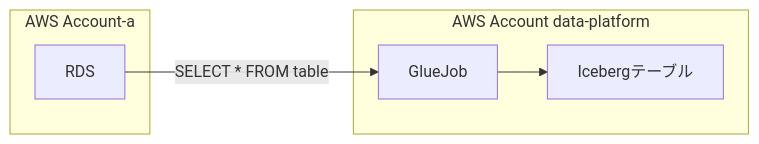
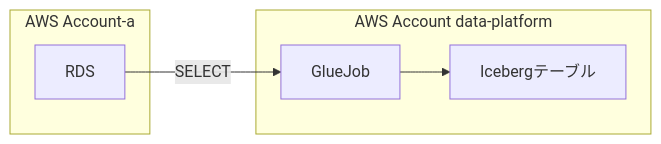
Before and after one commit to kenzo0107/kenzo0107.github.io: the first of 6 diagrams in _blog/source/_posts/2024-12-19-rds-replicate-to-glue-iceberg-table.md, drawn with Mermaid. The commit also changed other lines of this file and 12 other files, not shown here.

````diff
--- a/_blog/source/_posts/2024-12-19-rds-replicate-to-glue-iceberg-table.md
+++ b/_blog/source/_posts/2024-12-19-rds-replicate-to-glue-iceberg-table.md
@@ -31,13 +31,13 @@
 ```mermaid
 graph LR
 
 subgraph AWS Account-a
   RDS
 end
 
-RDS--"SELECT * FROM table"-->GlueJob
+RDS--SELECT-->GlueJob
 
 subgraph AWS Account data-platform
   GlueJob-->Icebergテーブル
 end
 ```
````
